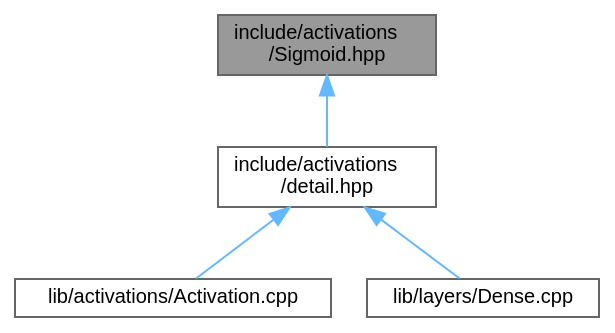
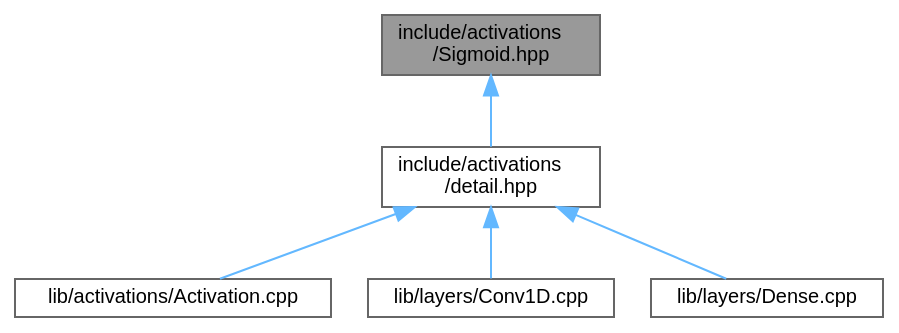
One commit to Nalin-Angrish/FlexNN changed the diagram in Sigmoid_8hpp__dep__incl.dot. Above: the diagram before and after it, drawn with Graphviz. The commit also changed 99 other files, not shown here.

```diff
--- a/Sigmoid_8hpp__dep__incl.dot
+++ b/Sigmoid_8hpp__dep__incl.dot
@@ -1,14 +1,16 @@
 digraph "include/activations/Sigmoid.hpp"
 {
  // LATEX_PDF_SIZE
   bgcolor="transparent";
   edge [fontname=Helvetica,fontsize=10,labelfontname=Helvetica,labelfontsize=10];
   node [fontname=Helvetica,fontsize=10,shape=box,height=0.2,width=0.4];
   Node1 [id="Node000001",label="include/activations\l/Sigmoid.hpp",height=0.2,width=0.4,color="gray40", fillcolor="grey60", style="filled", fontcolor="black",tooltip="Sigmoid activation — 1/(1+exp(-Z)) with clamping."];
   Node1 -> Node2 [id="edge1_Node000001_Node000002",dir="back",color="steelblue1",style="solid",tooltip=" "];
   Node2 [id="Node000002",label="include/activations\l/detail.hpp",height=0.2,width=0.4,color="grey40", fillcolor="white", style="filled",URL="$detail_8hpp.html",tooltip="Convenience re-export for activation detail headers."];
   Node2 -> Node3 [id="edge2_Node000002_Node000003",dir="back",color="steelblue1",style="solid",tooltip=" "];
   Node3 [id="Node000003",label="lib/activations/Activation.cpp",height=0.2,width=0.4,color="grey40", fillcolor="white", style="filled",URL="$Activation_8cpp.html",tooltip="Implements FlexNN::Activations helpers (to_string, try_parse, dispatch)."];
   Node2 -> Node4 [id="edge3_Node000002_Node000004",dir="back",color="steelblue1",style="solid",tooltip=" "];
-  Node4 [id="Node000004",label="lib/layers/Dense.cpp",height=0.2,width=0.4,color="grey40", fillcolor="white", style="filled",URL="$Dense_8cpp.html",tooltip="Implements FlexNN::Layers::Dense forward/backward/update."];
+  Node4 [id="Node000004",label="lib/layers/Conv1D.cpp",height=0.2,width=0.4,color="grey40", fillcolor="white", style="filled",URL="$Conv1D_8cpp.html",tooltip="Implements FlexNN::Layers::Conv1D forward/backward/propagate."];
+  Node2 -> Node5 [id="edge4_Node000002_Node000005",dir="back",color="steelblue1",style="solid",tooltip=" "];
+  Node5 [id="Node000005",label="lib/layers/Dense.cpp",height=0.2,width=0.4,color="grey40", fillcolor="white", style="filled",URL="$Dense_8cpp.html",tooltip="Implements FlexNN::Layers::Dense forward/backward/update."];
 }
```
